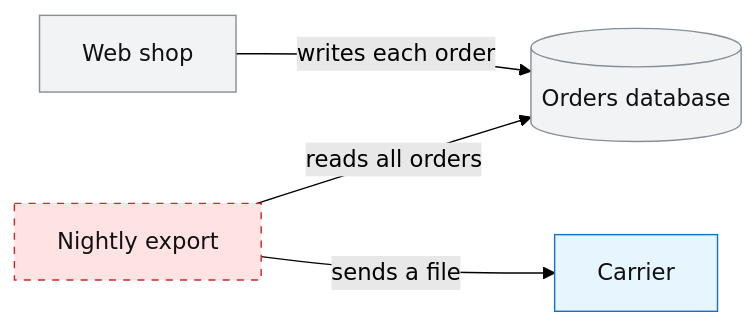
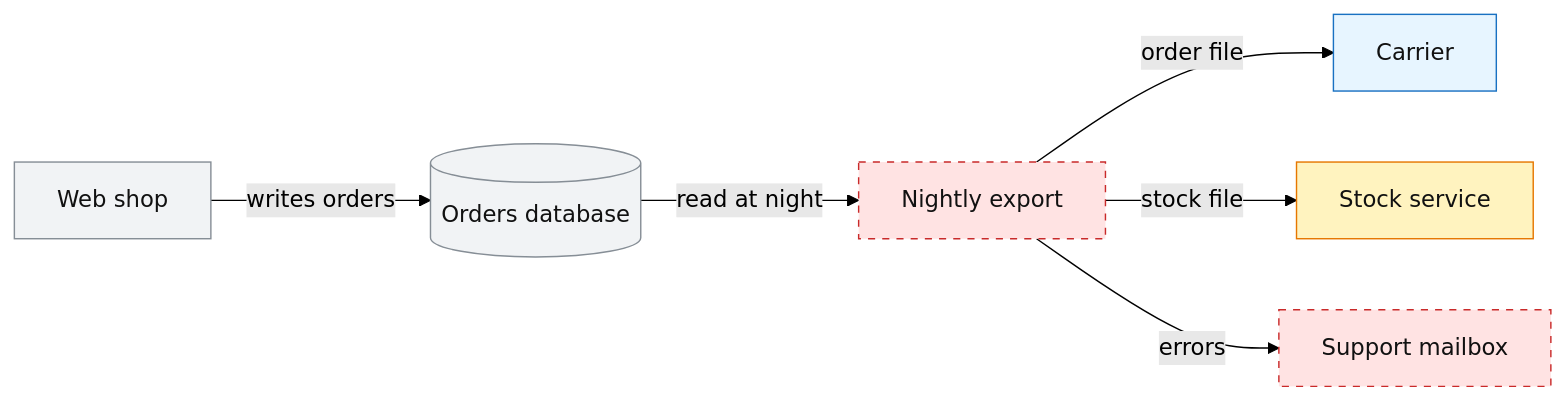
One commit to gsuquet/agent-skills changed the first of 3 diagrams in skills/write-docs/references/visuals.md. Above: the diagram before and after it, drawn with Mermaid (forest theme). The commit also changed other lines of this file and 8 other files, not shown here.

````diff
--- a/skills/write-docs/references/visuals.md
+++ b/skills/write-docs/references/visuals.md
@@ -66,9 +66,12 @@
 ```mermaid
 flowchart LR
-  shop["Web shop"]:::unchanged -->|writes each order| db[("Orders database")]:::unchanged
-  job["Nightly export"]:::removed -->|reads all orders| db
-  job -->|sends a file| carrier["Carrier"]:::external
+  shop["Web shop"]:::unchanged -->|writes orders| db[("Orders database")]:::unchanged
+  db -->|read at night| job["Nightly export"]:::removed
+  job -->|order file| carrier["Carrier"]:::external
+  job -->|stock file| stock["Stock service"]:::changed
+  job -->|errors| mail["Support mailbox"]:::removed
+  classDef changed fill:#fff3bf,stroke:#e67700,color:#111
   classDef removed fill:#ffe3e3,stroke:#c92a2a,color:#111,stroke-dasharray:5 5
   classDef unchanged fill:#f1f3f5,stroke:#868e96,color:#111
   classDef external fill:#e7f5ff,stroke:#1971c2,color:#111
 ```
````
